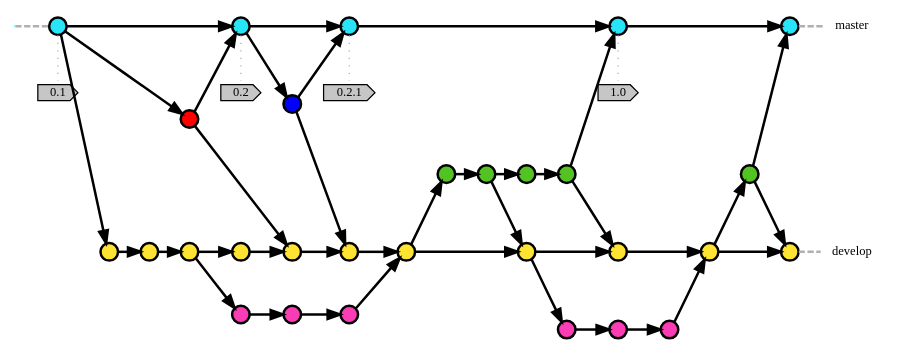
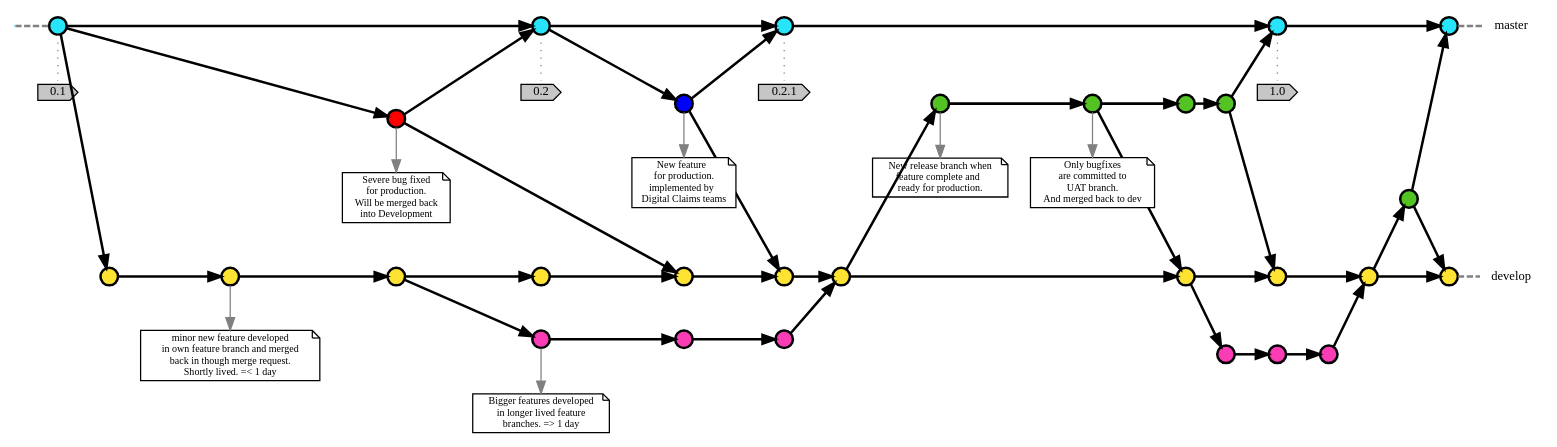
Before and after one commit to Larswa/gitbranching: the diagram in inspiration.dot, drawn with Graphviz.

```diff
--- a/inspiration.dot
+++ b/inspiration.dot
@@ -28,6 +28,8 @@
 t21 [label="0.2.1"]
 t3 [label="1.0"]
 
+
+
 // graph
 node [width=0.2, height=0.2, fixedsize=true, label="", margin="0.11,0.055", shape=circle, penwidth=2, fillcolor="#FF0000"]
 
@@ -46,13 +48,12 @@
     ms [label="", width=0, height=0, penwidth=0];
 }
 m1 -> m2 -> m21 -> m3 -> m4;
-ms -> m1 [color="#b0b0b0", style=dashed, arrowhead=none ];
-m4 -> me [color="#b0b0b0", style=dashed, arrowhead=none ];
+ms -> m1 [color="grey", style=dashed, arrowhead=none ];
+m4 -> me [color="grey", style=dashed, arrowhead=none ];
 
 
 node  [group="hotfixes", fillcolor="red"];
 h1;
-
 
 
 node  [group="release", fillcolor="#52C322"];
@@ -76,7 +77,7 @@
 d9;
 d10;
 d1 -> d2 -> d3 -> d4 -> d5 -> d51 -> d6 -> d7 -> d8 -> d9 -> d10;
-d10 -> de [color="#b0b0b0", style=dashed, arrowhead=none ];
+d10 -> de [color="grey", style=dashed, arrowhead=none ];
 
 node  [group="feature 1", fillcolor="#FB3DB5"];
 fa1;
@@ -115,7 +116,7 @@
 
 
 // tags connections
-edge [color="#b0b0b0", style=dotted, len=0.3, arrowhead=none, penwidth=1];
+edge [color="grey", style=dotted, len=0.3, arrowhead=none, penwidth=1];
 subgraph  {
     rank="same";
     m1 -> t1;
@@ -132,4 +133,70 @@
     rank="same";
     m3 -> t3;
 }
+
+//Descriptions
+node [shape=note, fixedsize=false, fillcolor="white", penwidth=1, margin="0.01,0.03", fontsize="8pt"]
+
+minorfeature [label="minor new feature developed 
+in own feature branch and merged 
+back in though merge request.
+Shortly lived. =< 1 day"]
+
+majorfeature [label="Bigger features developed 
+in longer lived feature 
+branches. => 1 day"]
+
+
+hotfix [label="Severe bug fixed 
+for production. 
+Will be merged back 
+into Development"]
+
+masterfeature [label="New feature  
+for production. 
+implemented by  
+Digital Claims teams"]
+
+uatbranch [label="New release branch when 
+feature complete and  
+ready for production."]
+
+uatbugfix [label="Only bugfixes 
+are committed to 
+UAT branch.
+And merged back to dev"]
+
+
+
+// link documentation
+edge [color="grey", style=solid, arrowhead=normal, penwidth=1];
+
+subgraph {
+    rank="same"
+    d2 -> minorfeature []
+}subgraph {
+    rank="same"
+    fa1 -> majorfeature []
 }
+
+
+subgraph {
+    rank="same"
+    h1 -> hotfix
+}
+subgraph {
+    rank="same"
+    mf1 -> masterfeature []
+}
+subgraph {
+    rank="same"
+    r1 -> uatbranch []
+}
+
+subgraph {
+    rank="same"
+    r2 -> uatbugfix []
+}
+
+
+}
```
